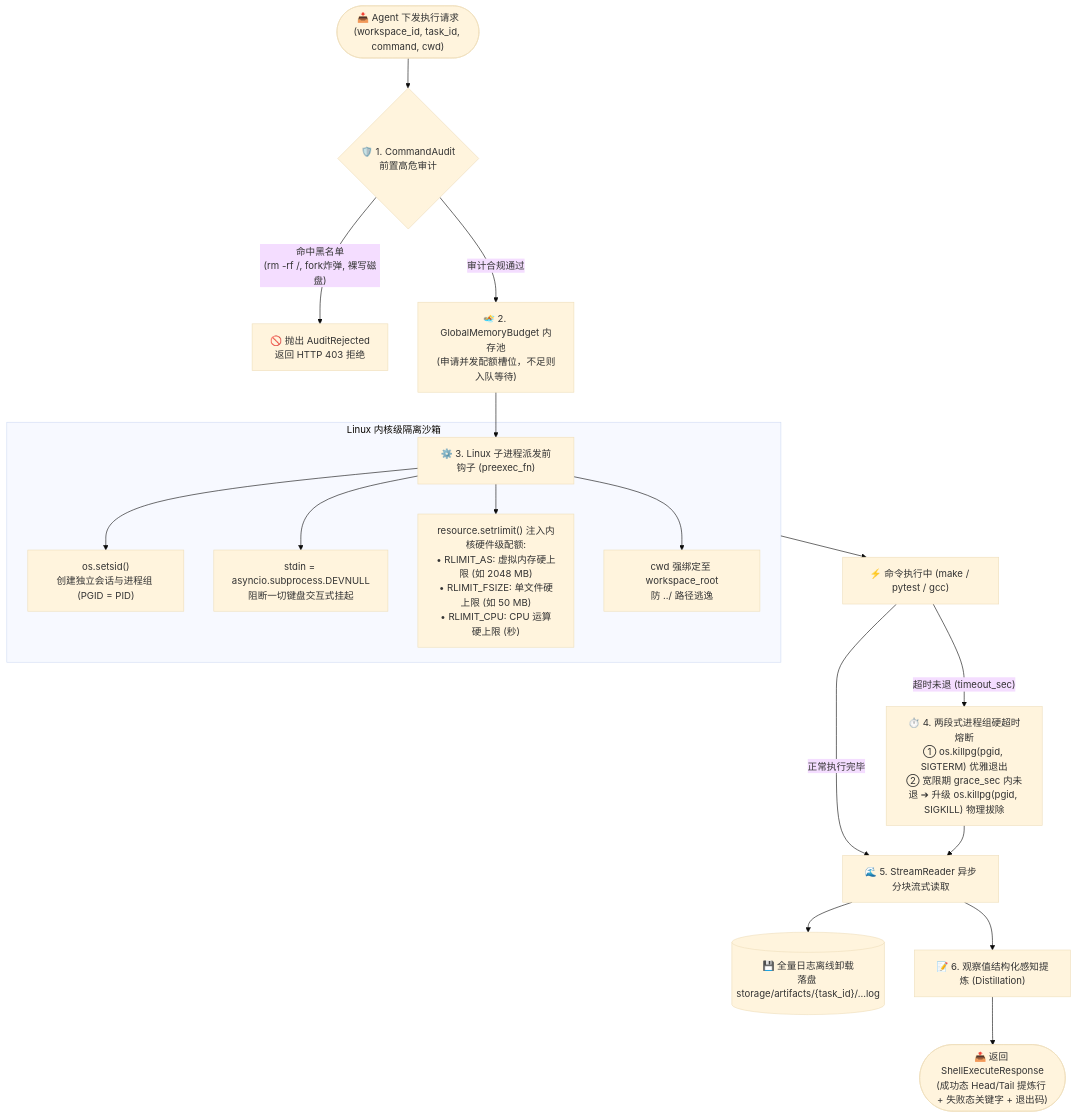
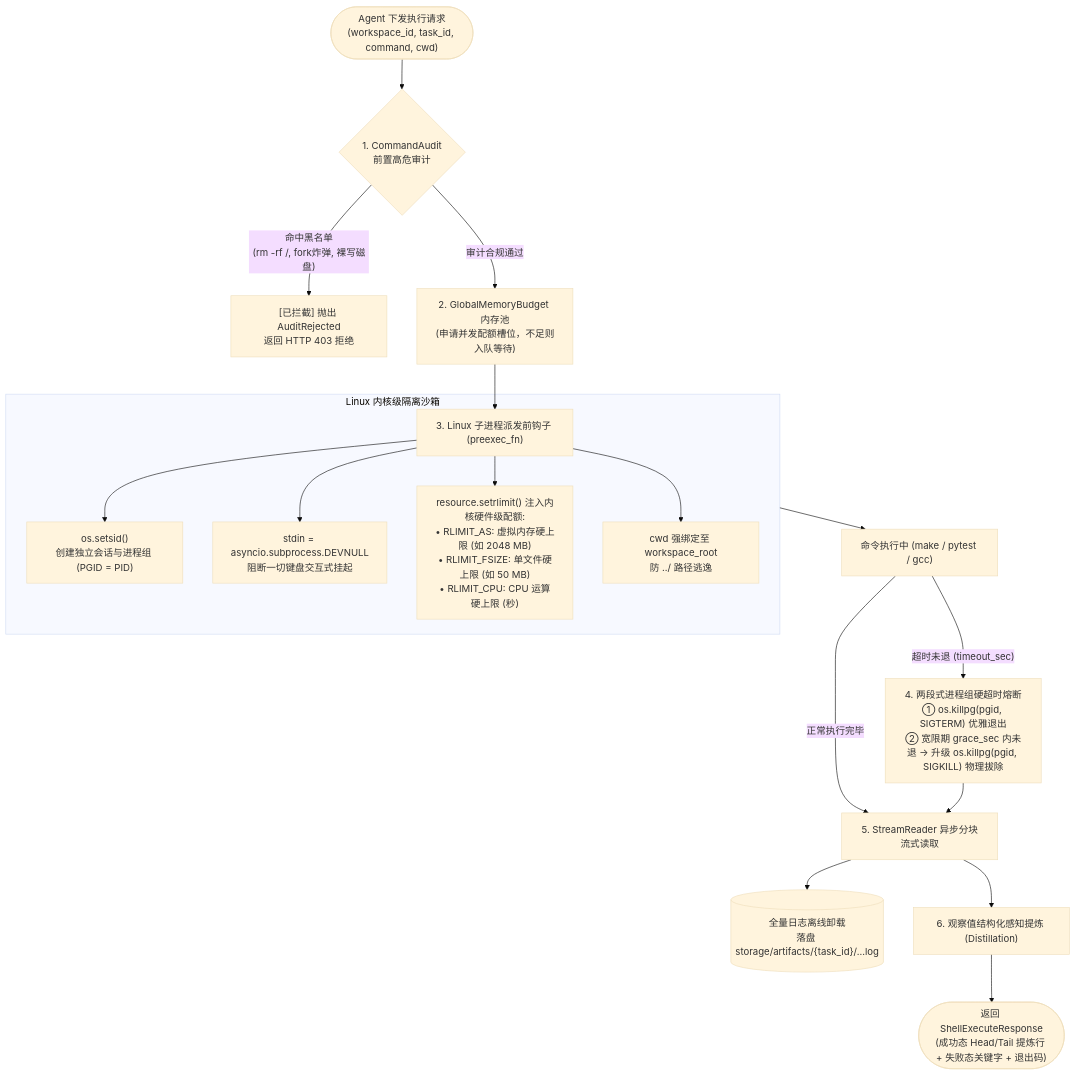
The diagram in documents/01_项目架构/03_受控Linux沙箱与隔离架构.md (MakinoharaShokosans/Aegis), drawn with Mermaid (base theme) before and after one commit. The commit also changed other lines of this file and 97 other files, not shown here.

````diff
--- a/documents/01_项目架构/03_受控Linux沙箱与隔离架构.md
+++ b/documents/01_项目架构/03_受控Linux沙箱与隔离架构.md
@@ -13,28 +13,28 @@
 ```mermaid
 flowchart TD
-    Req(["📥 Agent 下发执行请求\n(workspace_id, task_id, command, cwd)"]) --> Audit{"🛡️ 1. CommandAudit\n前置高危审计"}
-    
-    Audit --"命中黑名单\n(rm -rf /, fork炸弹, 裸写磁盘)"--> 403["🚫 抛出 AuditRejected\n返回 HTTP 403 拒绝"]
-    Audit --"审计合规通过"--> MemPool["🏊 2. GlobalMemoryBudget 内存池\n(申请并发配额槽位，不足则入队等待)"]
+    Req([" Agent 下发执行请求\n(workspace_id, task_id, command, cwd)"]) --> Audit{" 1. CommandAudit\n前置高危审计"}
 
-    MemPool --> PreExec["⚙️ 3. Linux 子进程派发前钩子 (preexec_fn)"]
-    
+    Audit --"命中黑名单\n(rm -rf /, fork炸弹, 裸写磁盘)"--> 403["[已拦截] 抛出 AuditRejected\n返回 HTTP 403 拒绝"]
+    Audit --"审计合规通过"--> MemPool[" 2. GlobalMemoryBudget 内存池\n(申请并发配额槽位，不足则入队等待)"]
+
+    MemPool --> PreExec[" 3. Linux 子进程派发前钩子 (preexec_fn)"]
+
     subgraph LinuxKernelSandbox ["Linux 内核级隔离沙箱"]
         PreExec --> SetSid["os.setsid()\n创建独立会话与进程组 (PGID = PID)"]
         PreExec --> DevNull["stdin = asyncio.subprocess.DEVNULL\n阻断一切键盘交互式挂起"]
         PreExec --> Rlimits["resource.setrlimit() 注入内核硬件级配额:\n• RLIMIT_AS: 虚拟内存硬上限 (如 2048 MB)\n• RLIMIT_FSIZE: 单文件硬上限 (如 50 MB)\n• RLIMIT_CPU: CPU 运算硬上限 (秒)"]
         PreExec --> CwdBind["cwd 强绑定至 workspace_root\n防 ../ 路径逃逸"]
     end
 
-    LinuxKernelSandbox --> Executing["⚡ 命令执行中 (make / pytest / gcc)"]
-    
-    Executing --"超时未退 (timeout_sec)"--> TwoStageKill["⏱️ 4. 两段式进程组硬超时熔断\n① os.killpg(pgid, SIGTERM) 优雅退出\n② 宽限期 grace_sec 内未退 ➔ 升级 os.killpg(pgid, SIGKILL) 物理拔除"]
-    
-    Executing --"正常执行完毕"--> StreamRead["🌊 5. StreamReader 异步分块流式读取"]
+    LinuxKernelSandbox --> Executing[" 命令执行中 (make / pytest / gcc)"]
+
+    Executing --"超时未退 (timeout_sec)"--> TwoStageKill[" 4. 两段式进程组硬超时熔断\n① os.killpg(pgid, SIGTERM) 优雅退出\n② 宽限期 grace_sec 内未退 -> 升级 os.killpg(pgid, SIGKILL) 物理拔除"]
+
+    Executing --"正常执行完毕"--> StreamRead[" 5. StreamReader 异步分块流式读取"]
     TwoStageKill --> StreamRead
 
-    StreamRead --> DiskOffload[("💾 全量日志离线卸载\n落盘 storage/artifacts/{task_id}/...log")]
-    StreamRead --> Distill["📝 6. 观察值结构化感知提炼 (Distillation)"]
-    
-    Distill --> Result(["📤 返回 ShellExecuteResponse\n(成功态 Head/Tail 提炼行 + 失败态关键字 + 退出码)"])
+    StreamRead --> DiskOffload[(" 全量日志离线卸载\n落盘 storage/artifacts/{task_id}/...log")]
+    StreamRead --> Distill[" 6. 观察值结构化感知提炼 (Distillation)"]
+
+    Distill --> Result([" 返回 ShellExecuteResponse\n(成功态 Head/Tail 提炼行 + 失败态关键字 + 退出码)"])
 ```
````
